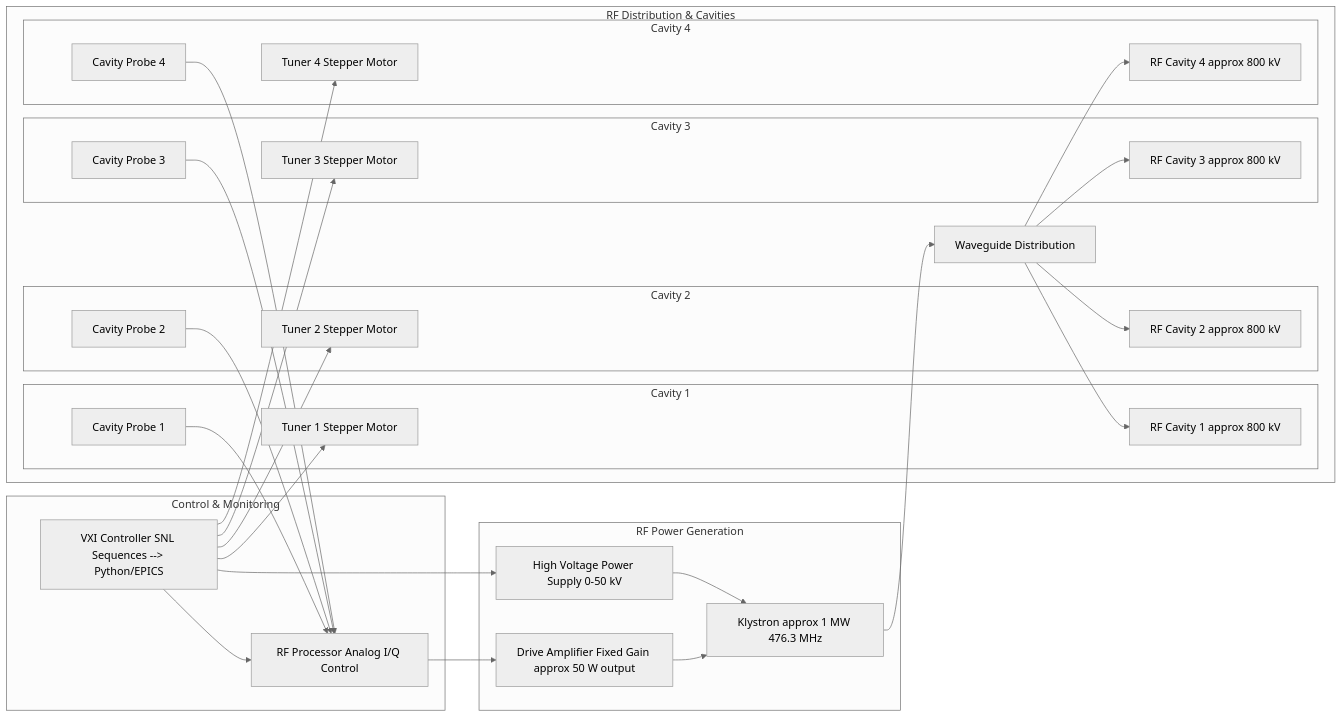
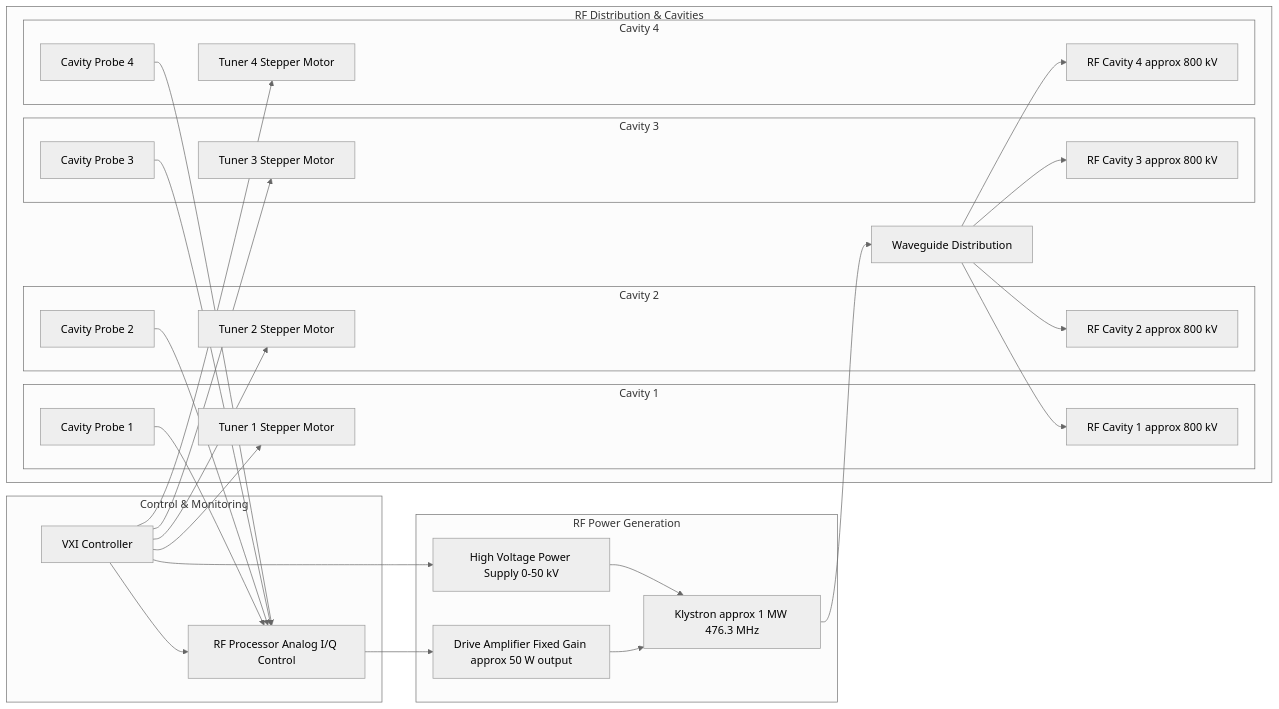
Before and after one commit to fayaw/spearlegacyLLRF: the second of 18 diagrams in SPEAR3_LLRF_COMPREHENSIVE_ANALYSIS.md, drawn with Mermaid (neutral theme). The commit also changed other lines of this file, not shown here.

First line of the commit message:
Fix bullet points and simplify Mermaid node labels

````diff
--- a/SPEAR3_LLRF_COMPREHENSIVE_ANALYSIS.md
+++ b/SPEAR3_LLRF_COMPREHENSIVE_ANALYSIS.md
@@ -74,63 +74,63 @@
 ```mermaid
 graph LR
  subgraph "RF Power Generation"
  HVPS[High Voltage Power Supply 0-50 kV]
  Drive[Drive Amplifier Fixed Gain approx 50 W output]
  Klystron[Klystron approx 1 MW 476.3 MHz]
  end
  
  subgraph "RF Distribution & Cavities"
  WG[Waveguide Distribution]
  
  subgraph "Cavity 1"
  C1[RF Cavity 1 approx 800 kV]
  T1[Tuner 1 Stepper Motor]
  P1[Cavity Probe 1]
  end
  
  subgraph "Cavity 2"
  C2[RF Cavity 2 approx 800 kV]
  T2[Tuner 2 Stepper Motor]
  P2[Cavity Probe 2]
  end
  
  subgraph "Cavity 3"
  C3[RF Cavity 3 approx 800 kV]
  T3[Tuner 3 Stepper Motor]
  P3[Cavity Probe 3]
  end
  
  subgraph "Cavity 4"
  C4[RF Cavity 4 approx 800 kV]
  T4[Tuner 4 Stepper Motor]
  P4[Cavity Probe 4]
  end
  end
  
  subgraph "Control & Monitoring"
  RFP[RF Processor Analog I/Q Control]
- VXI[VXI Controller SNL Sequences --> Python/EPICS]
+ VXI[VXI Controller]
  end
  
  HVPS --> Klystron
  Drive --> Klystron
  RFP --> Drive
  Klystron --> WG
  
  WG --> C1
  WG --> C2
  WG --> C3
  WG --> C4
  
  P1 --> RFP
  P2 --> RFP
  P3 --> RFP
  P4 --> RFP
  
  VXI --> HVPS
  VXI --> RFP
  VXI --> T1
  VXI --> T2
  VXI --> T3
  VXI --> T4
 ```
````
